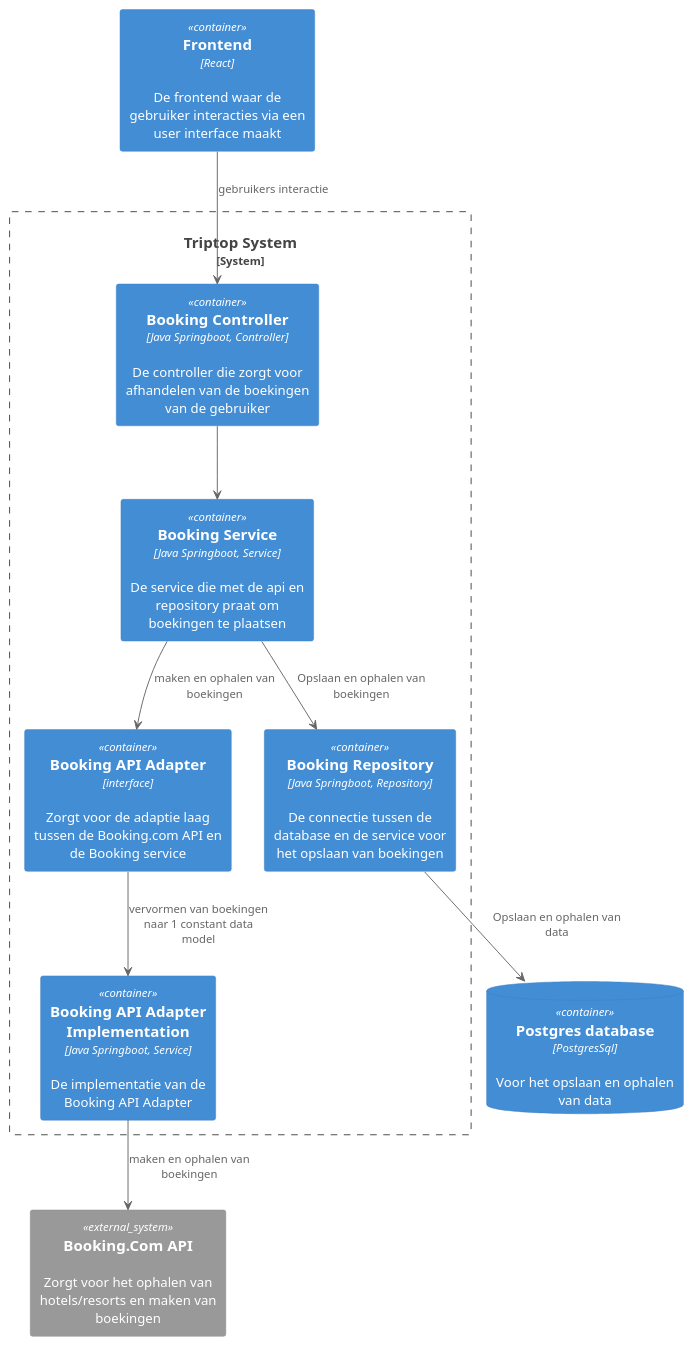
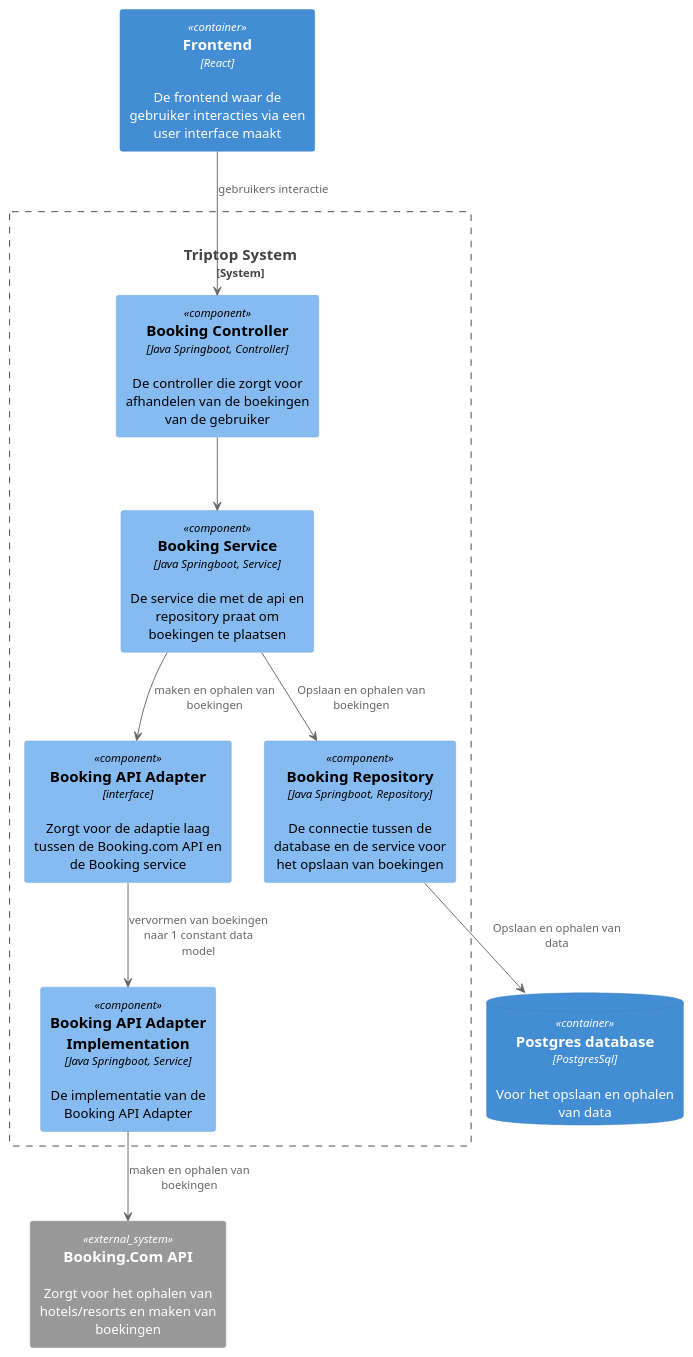
One commit to AIM-ENE-feb25/triptop-groep-b3 changed the diagram in opdracht-diagrammen/week2/les3/ontwerp-vraag-component-diagram.puml. Above: the diagram before and after it, drawn with PlantUML.

Commit message:
containers binnen component veranderd naar components

```diff
--- a/opdracht-diagrammen/week2/les3/ontwerp-vraag-component-diagram.puml
+++ b/opdracht-diagrammen/week2/les3/ontwerp-vraag-component-diagram.puml
@@ -1,31 +1,32 @@
 @startuml
 !include <C4/C4>
 !include <C4/C4_Context>
 !include <C4/C4_Container>
+!include <C4/C4_Component>
 
 ' gekozen ontwerpvraag:
 ' Hoe zorg je ervoor dat je bij een wijziging in de datastructuur van een externe service niet de hele applicatie hoeft aan te passen?
 
 Container(website, "Frontend", "React", "De frontend waar de gebruiker interacties via een user interface maakt")
 
 System_Boundary(triptop, "Triptop System") {
-    Container(bookingC, "Booking Controller", "Java Springboot, Controller", "De controller die zorgt voor afhandelen van de boekingen van de gebruiker")
-    Container(bookingS, "Booking Service", "Java Springboot, Service", "De service die met de api en repository praat om boekingen te plaatsen")
-    Container(bookingSA, "Booking API Adapter", "interface", "Zorgt voor de adaptie laag tussen de Booking.com API en de Booking service")
-    Container(bookingSAImpl, "Booking API Adapter Implementation", "Java Springboot, Service", "De implementatie van de Booking API Adapter")
-    Container(bookingR, "Booking Repository", "Java Springboot, Repository", "De connectie tussen de database en de service voor het opslaan van boekingen")
+    Component(bookingC, "Booking Controller", "Java Springboot, Controller", "De controller die zorgt voor afhandelen van de boekingen van de gebruiker")
+    Component(bookingS, "Booking Service", "Java Springboot, Service", "De service die met de api en repository praat om boekingen te plaatsen")
+    Component(bookingSA, "Booking API Adapter", "interface", "Zorgt voor de adaptie laag tussen de Booking.com API en de Booking service")
+    Component(bookingSAImpl, "Booking API Adapter Implementation", "Java Springboot, Service", "De implementatie van de Booking API Adapter")
+    Component(bookingR, "Booking Repository", "Java Springboot, Repository", "De connectie tussen de database en de service voor het opslaan van boekingen")
 }
 
 ContainerDb(database, "Postgres database", "PostgresSql", "Voor het opslaan en ophalen van data")
 
 System_Ext(bookingApi, "Booking.Com API", "Zorgt voor het ophalen van hotels/resorts en maken van boekingen")
 
 website --> bookingC : "gebruikers interactie"
 bookingC --> bookingS : ""
 bookingS --> bookingSA : "maken en ophalen van boekingen"
 bookingSA --> bookingSAImpl : "vervormen van boekingen naar 1 constant data model"
 bookingSAImpl --> bookingApi : "maken en ophalen van boekingen"
 bookingS --> bookingR : "Opslaan en ophalen van boekingen"
 bookingR --> database : "Opslaan en ophalen van data"
 
 @enduml
```
